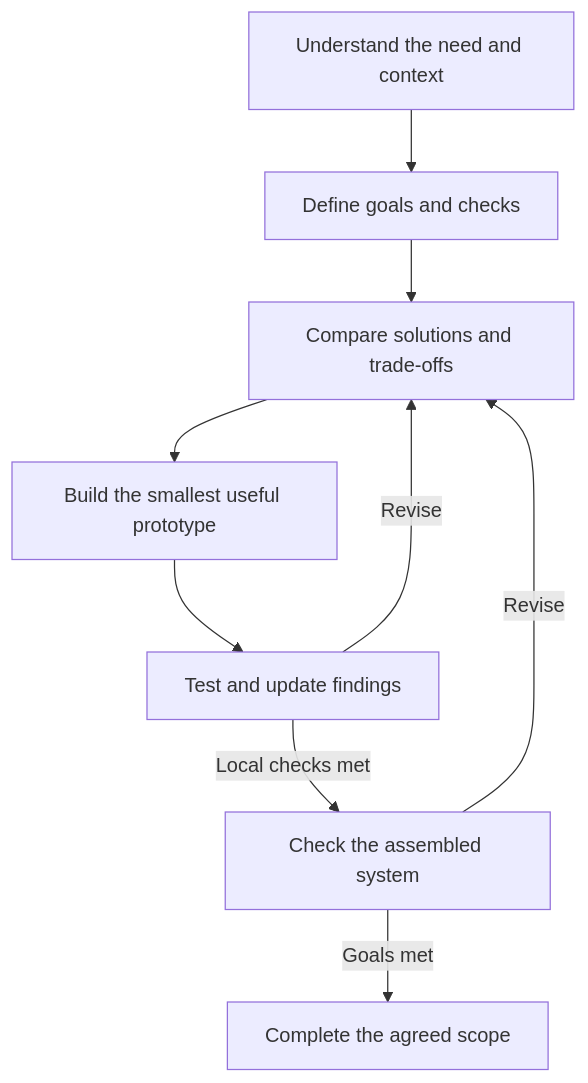
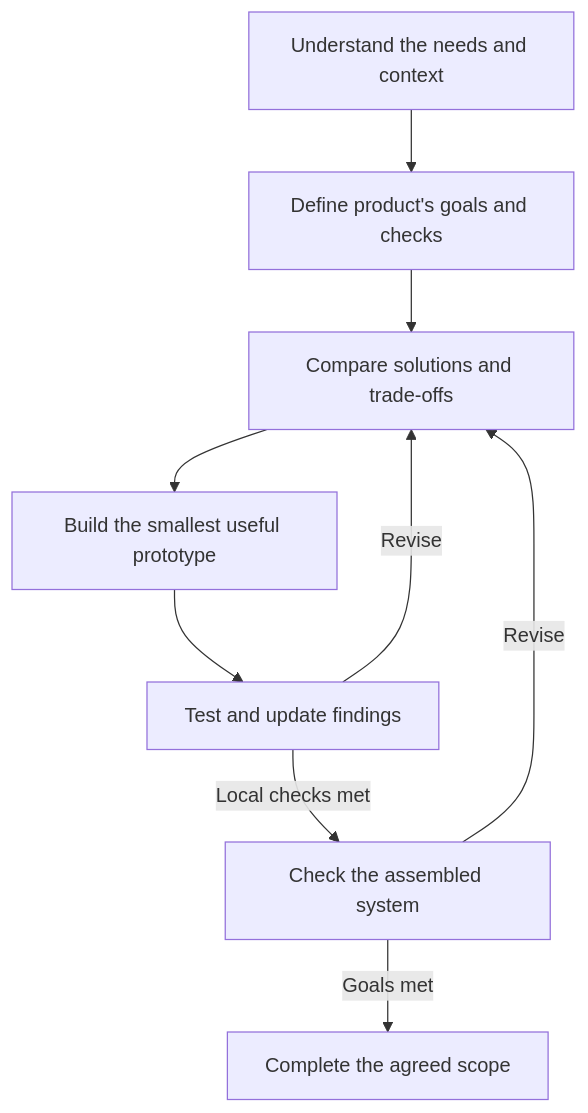
Before and after one commit to FlynnStudios/modular-mealworm-habitat: the diagram in logic.md, drawn with Mermaid. The commit also changed other lines of this file, not shown here.

Commit message:
Update context and reflection timestamps in logic.md

````diff
--- a/logic.md
+++ b/logic.md
@@ -7,11 +7,11 @@
 ```mermaid
 flowchart TD
-    A["Understand the need and context"] --> B["Define goals and checks"]
+    A["Understand the needs and context"] --> B["Define product's goals and checks"]
     B --> C["Compare solutions and trade-offs"]
     C --> D["Build the smallest useful prototype"]
     D --> E["Test and update findings"]
     E -->|"Revise"| C
     E -->|"Local checks met"| F["Check the assembled system"]
     F -->|"Revise"| C
     F -->|"Goals met"| G["Complete the agreed scope"]
 ```
````
